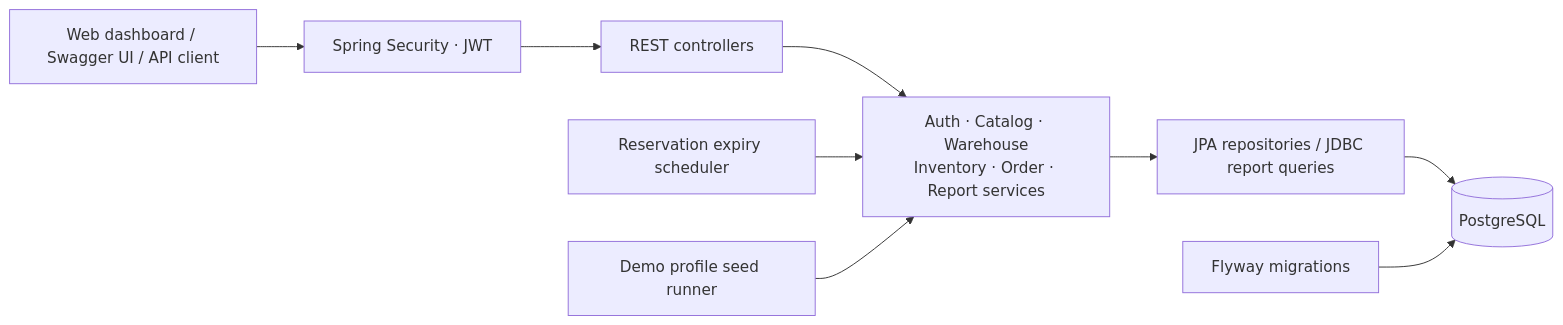
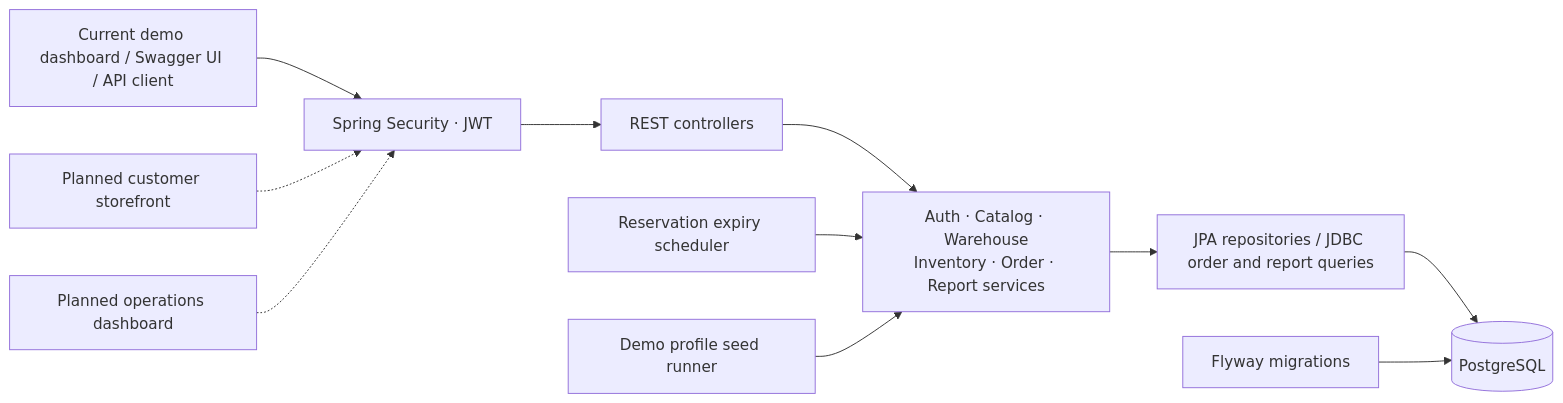
The first of 2 diagrams in README.md (huyniu/StockFlow), drawn with Mermaid before and after one commit. The commit also changed other lines of this file and 11 other files, not shown here.

````diff
--- a/README.md
+++ b/README.md
@@ -31,11 +35,13 @@
 ```mermaid
 flowchart LR
-    Client["Web dashboard / Swagger UI / API client"] --> Security["Spring Security · JWT"]
+    Client["Current demo dashboard / Swagger UI / API client"] --> Security["Spring Security · JWT"]
+    Storefront["Planned customer storefront"] -.-> Security
+    Dashboard["Planned operations dashboard"] -.-> Security
     Security --> API["REST controllers"]
     API --> Services["Auth · Catalog · Warehouse<br/>Inventory · Order · Report services"]
-    Services --> Persistence["JPA repositories / JDBC report queries"]
+    Services --> Persistence["JPA repositories / JDBC order and report queries"]
     Persistence --> DB[("PostgreSQL")]
     Flyway["Flyway migrations"] --> DB
     Scheduler["Reservation expiry scheduler"] --> Services
     Demo["Demo profile seed runner"] --> Services
 ```
````
